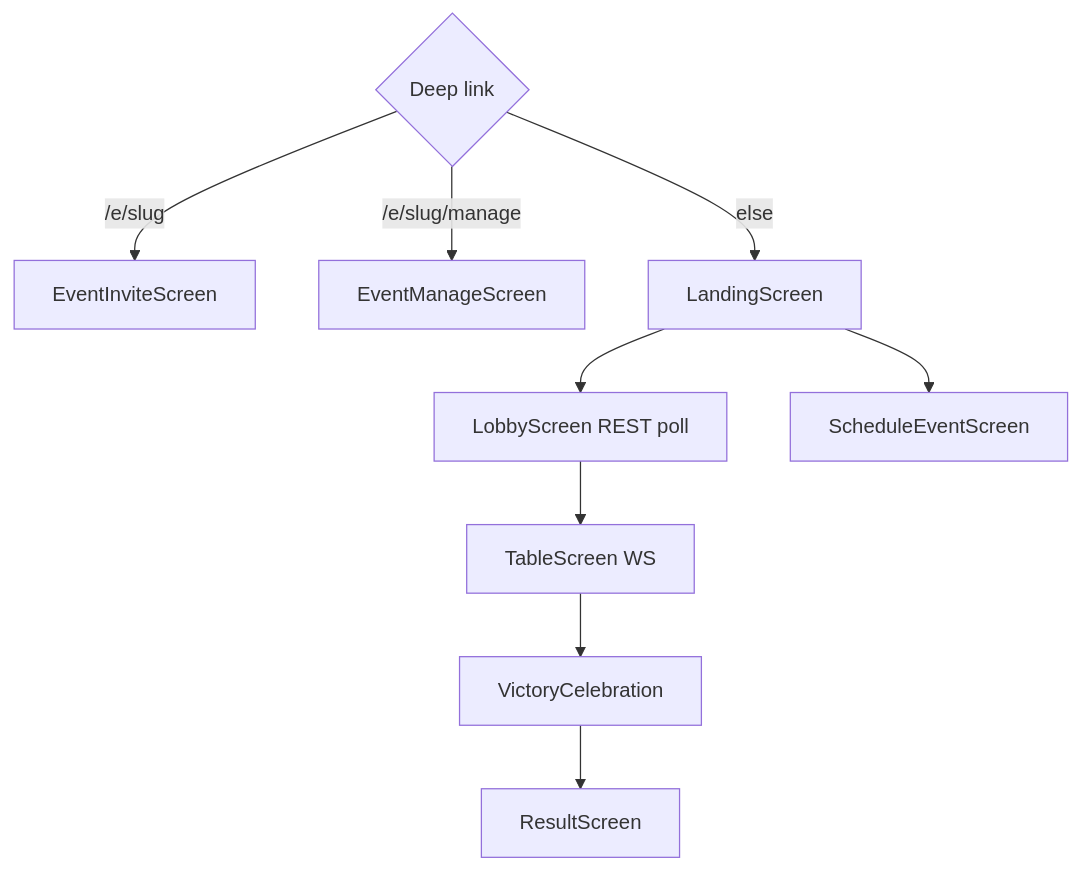
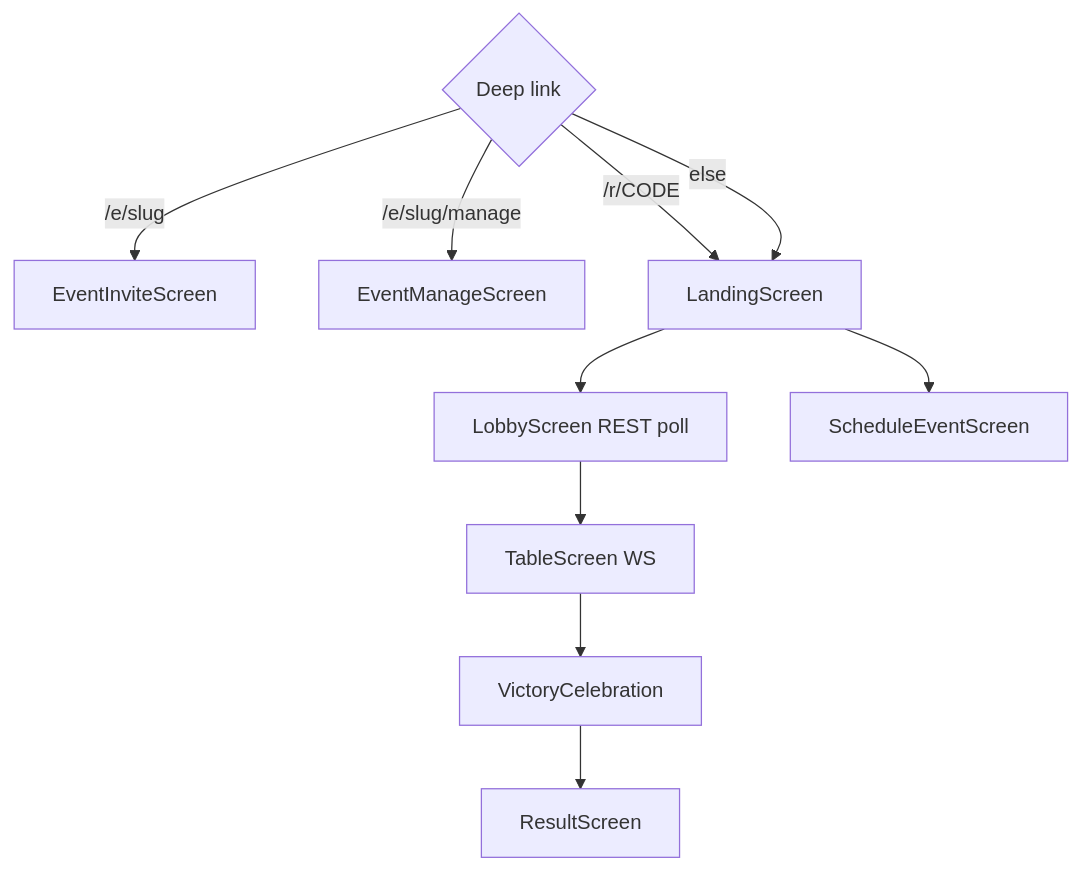
Diagram 18 of 18 in docs/Architecture.md (learnwithsobhit/judgment), drawn with Mermaid before and after one commit. The commit also changed other lines of this file and 7 other files, not shown here.

````diff
--- a/docs/Architecture.md
+++ b/docs/Architecture.md
@@ -548,18 +548,19 @@
 ```mermaid
 flowchart TD
   uri{Deep link}
   invite[EventInviteScreen]
   manage[EventManageScreen]
   landing[LandingScreen]
   lobby[LobbyScreen REST poll]
   table[TableScreen WS]
   victory[VictoryCelebration]
   result[ResultScreen]
 
   uri -->|/e/slug/manage| manage
   uri -->|/e/slug| invite
+  uri -->|/r/CODE| landing
   uri -->|else| landing
   landing --> lobby --> table
   table --> victory --> result
   landing --> schedule[ScheduleEventScreen]
 ```
````
